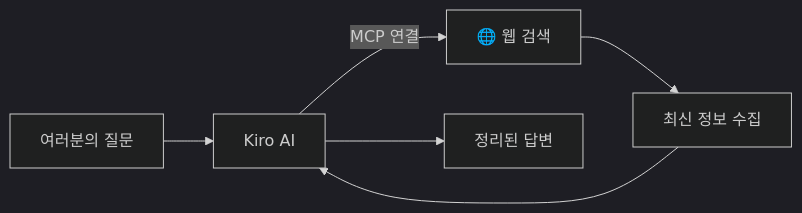
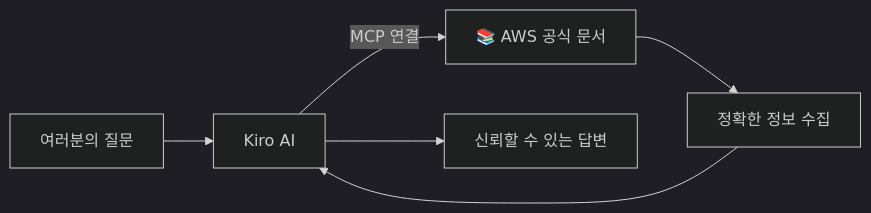
One commit to kshong05311129/kiro-workshop2 changed the second of 2 diagrams in module5-mcp/README.md. Above: the diagram before and after it, drawn with Mermaid (dark theme). The commit also changed other lines of this file and 4 other files, not shown here.

Commit message:
feat: MCP 모듈을 AWS Docs MCP로 변경 (Playwright 의존 제거)

````diff
--- a/module5-mcp/README.md
+++ b/module5-mcp/README.md
@@ -46,8 +46,8 @@
 ```mermaid
 graph LR
     A[여러분의 질문] --> B[Kiro AI]
-    B -->|MCP 연결| C[🌐 웹 검색]
-    C --> D[최신 정보 수집]
+    B -->|MCP 연결| C[📚 AWS 공식 문서]
+    C --> D[정확한 정보 수집]
     D --> B
-    B --> E[정리된 답변]
+    B --> E[신뢰할 수 있는 답변]
 ```
````
